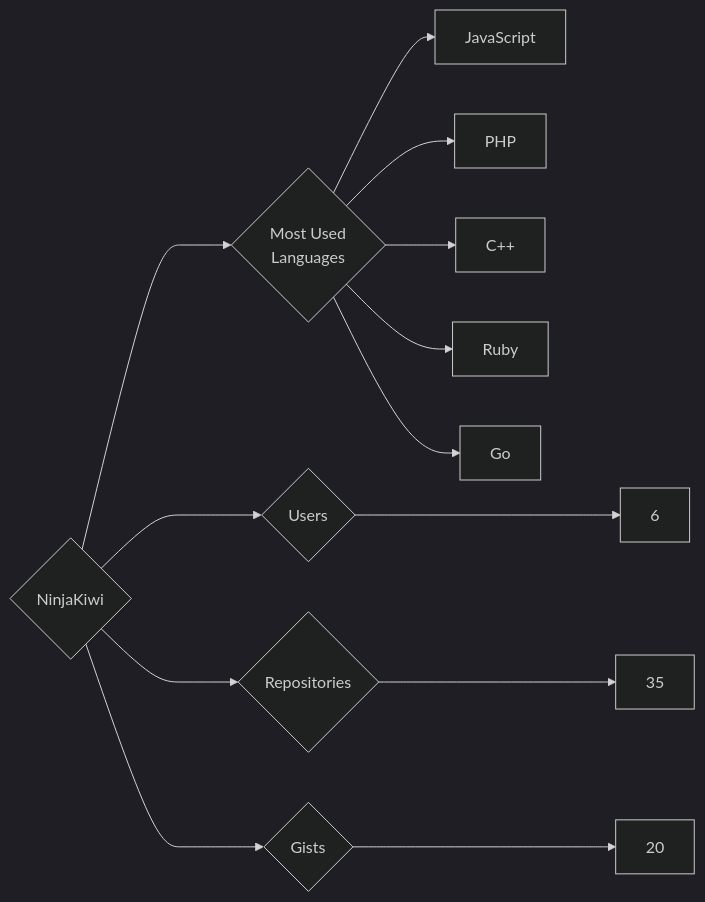
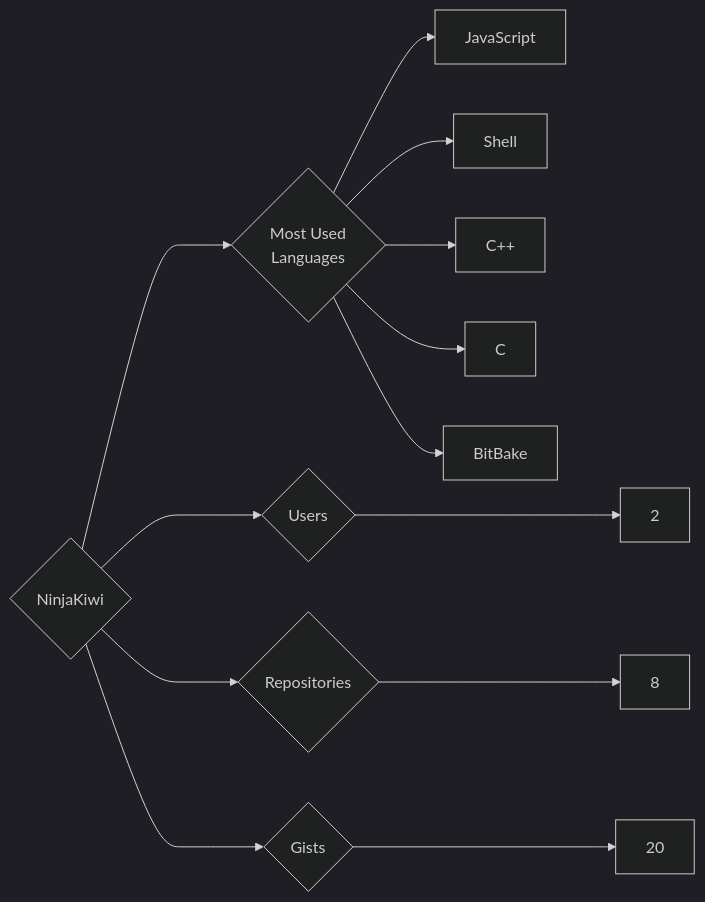
The diagram in targets/NinjaKiwi/README.md (trickest/insiders), drawn with Mermaid (dark theme) before and after one commit. The commit also changed 823 other files, not shown here.

````diff
--- a/targets/NinjaKiwi/README.md
+++ b/targets/NinjaKiwi/README.md
@@ -3,13 +3,13 @@
 ```mermaid
 graph LR
 COMPANY_NAME{NinjaKiwi}
-COMPANY_NAME ---> U{Users} ---> UN[6]
-COMPANY_NAME ---> R{Repositories} ---> RN[35]
+COMPANY_NAME ---> U{Users} ---> UN[2]
+COMPANY_NAME ---> R{Repositories} ---> RN[8]
 COMPANY_NAME ---> G{Gists} ---> GN[20]
 COMPANY_NAME ---> ML{Most Used<br>Languages}
 ML --> JavaScript[JavaScript]
-ML --> PHP[PHP]
+ML --> Shell[Shell]
 ML --> C++[C++]
-ML --> Ruby[Ruby]
-ML --> Go[Go]
+ML --> C[C]
+ML --> BitBake[BitBake]
 ```
````
